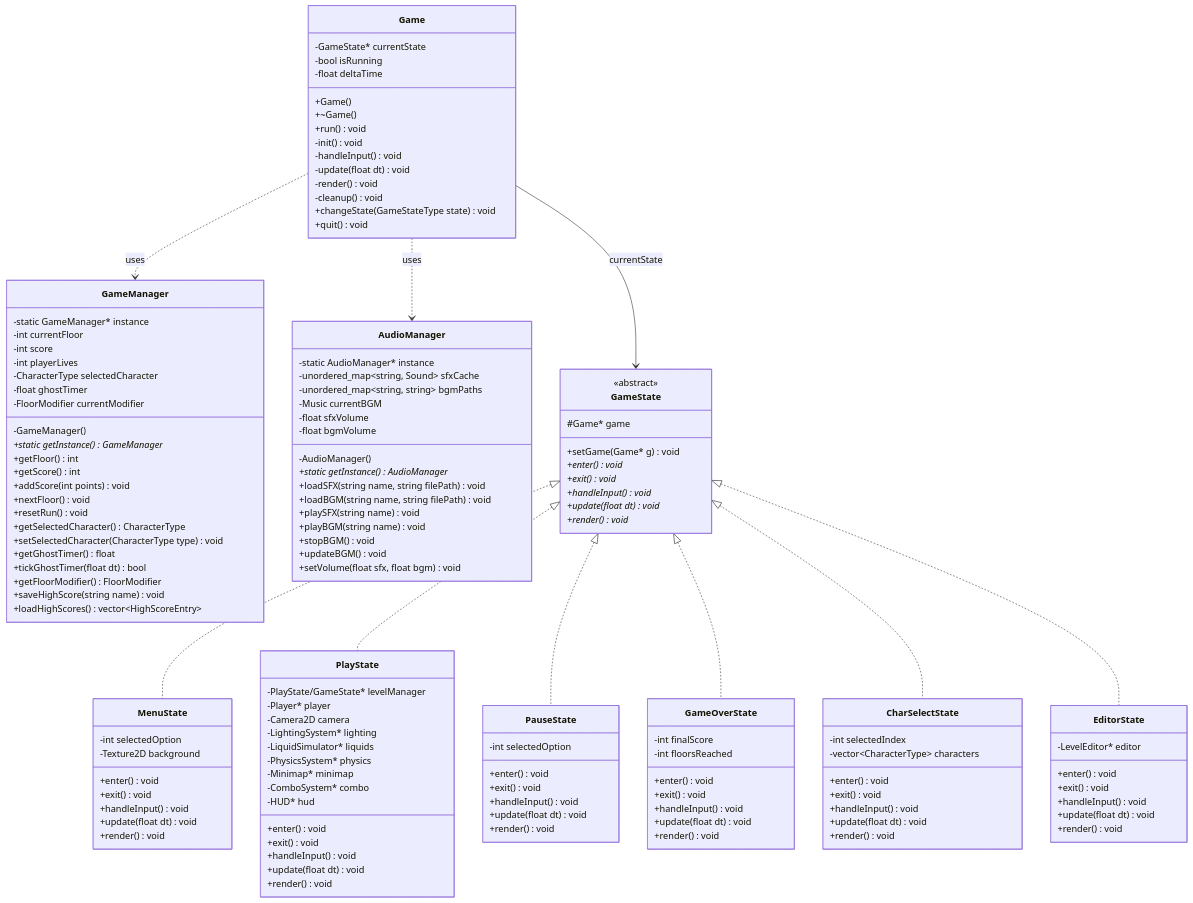
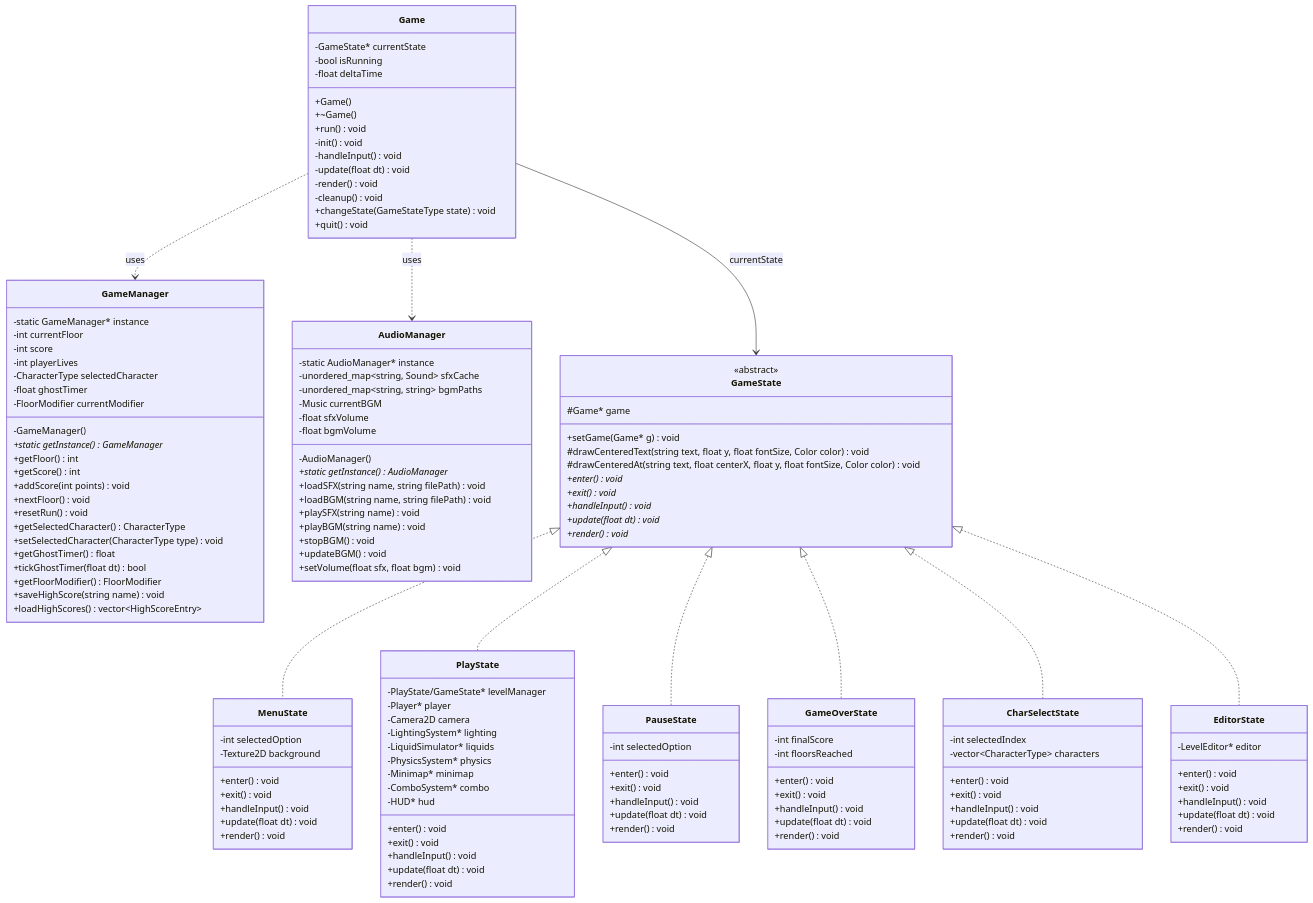
The first of 8 diagrams in project_plan.md (Gasmask-Chan/CS202-Cavern-Descent), drawn with Mermaid before and after one commit. The commit also changed 5 other files, not shown here.

```diff
--- a/project_plan.md
+++ b/project_plan.md
@@ -370,6 +370,8 @@
         <<abstract>>
         #Game* game
         +setGame(Game* g) void
+        #drawCenteredText(string text, float y, float fontSize, Color color) void
+        #drawCenteredAt(string text, float centerX, float y, float fontSize, Color color) void
         +enter() void*
         +exit() void*
         +handleInput() void*
```
